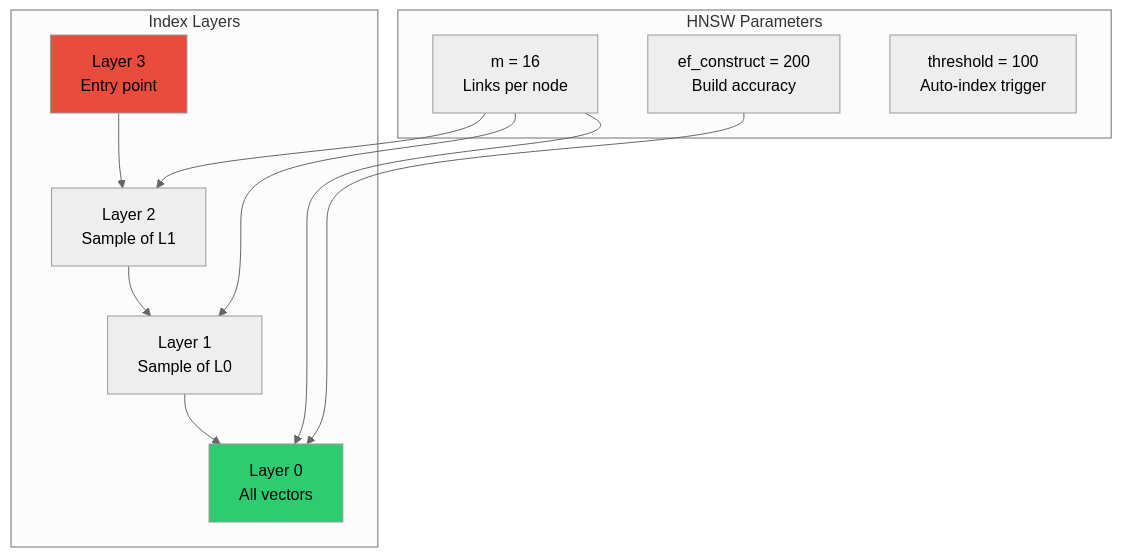
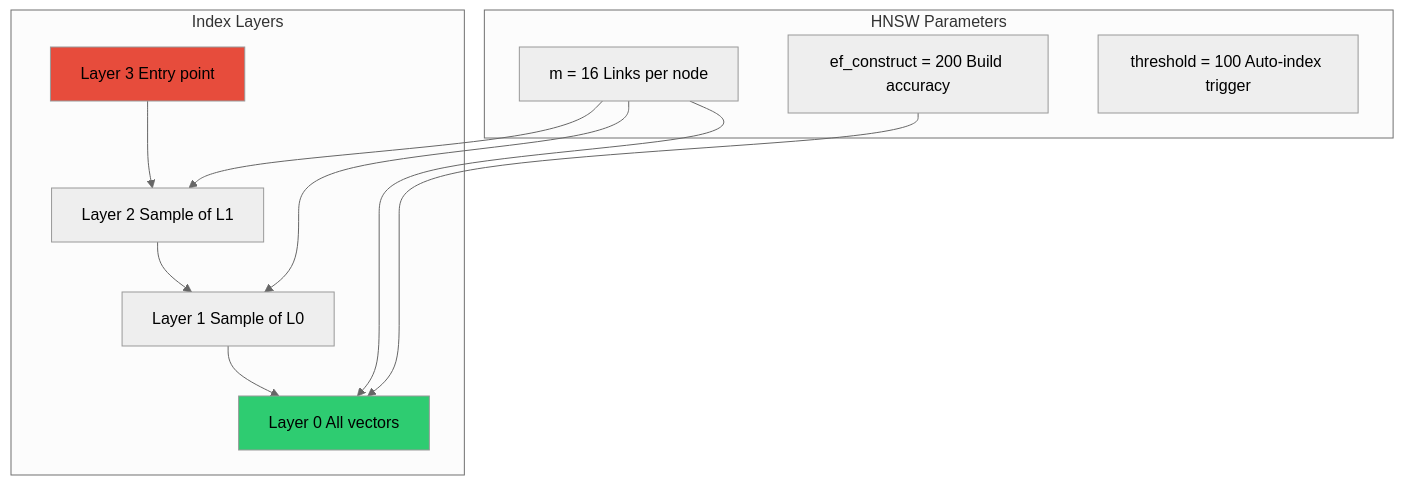
Before and after one commit to softwarewrighter/rag-demo: the third of 8 diagrams in wiki/Database-Schema.md, drawn with Mermaid (neutral theme). The commit also changed other lines of this file and 7 other files, not shown here.

````diff
--- a/wiki/Database-Schema.md
+++ b/wiki/Database-Schema.md
@@ -283,27 +283,27 @@
 ```mermaid
 graph TB
     subgraph "HNSW Parameters"
-        M[m = 16<br/>Links per node]
-        EF[ef_construct = 200<br/>Build accuracy]
-        THRESH[threshold = 100<br/>Auto-index trigger]
+        M[m = 16 Links per node]
+        EF[ef_construct = 200 Build accuracy]
+        THRESH[threshold = 100 Auto-index trigger]
     end
 
     subgraph "Index Layers"
-        L0[Layer 0<br/>All vectors]
-        L1[Layer 1<br/>Sample of L0]
-        L2[Layer 2<br/>Sample of L1]
-        L3[Layer 3<br/>Entry point]
+        L0[Layer 0 All vectors]
+        L1[Layer 1 Sample of L0]
+        L2[Layer 2 Sample of L1]
+        L3[Layer 3 Entry point]
     end
 
     M --> L0
     M --> L1
     M --> L2
     EF --> L0
 
     L3 --> L2
     L2 --> L1
     L1 --> L0
 
     style L3 fill:#e74c3c
     style L0 fill:#2ecc71
 ```
````
